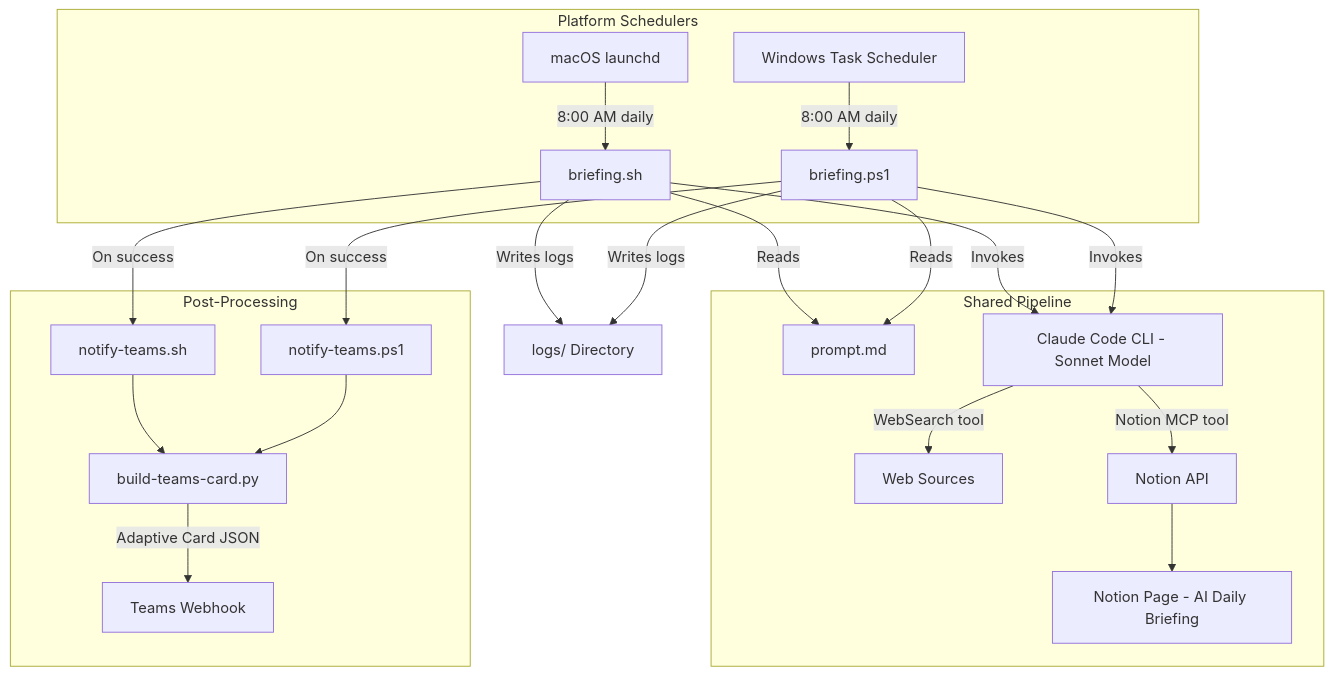
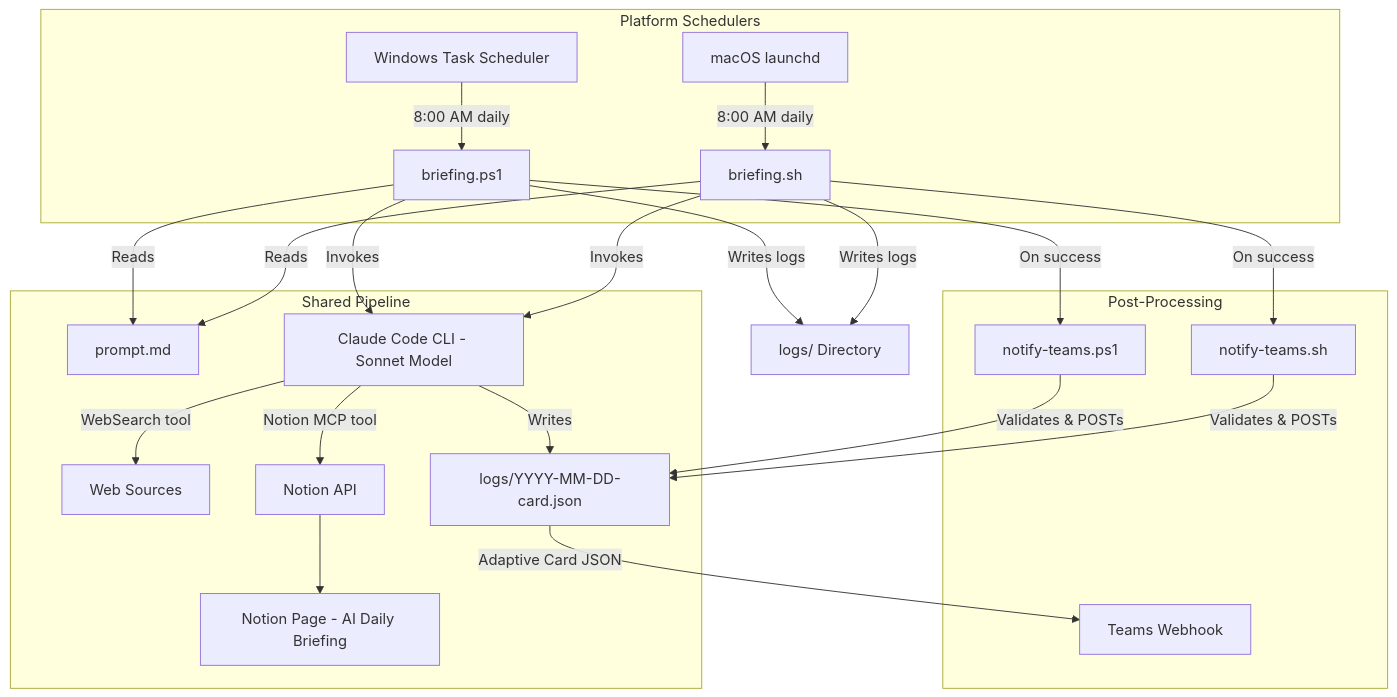
One commit to hoangsonww/ai-news-briefing changed the first of 13 diagrams in ARCHITECTURE.md. Above: the diagram before and after it, drawn with Mermaid. The commit also changed other lines of this file and 8 other files, not shown here.

````diff
--- a/ARCHITECTURE.md
+++ b/ARCHITECTURE.md
@@ -46,28 +46,29 @@
 ```mermaid
 graph TD
     subgraph "Platform Schedulers"
         A1[macOS launchd] -->|8:00 AM daily| B1[briefing.sh]
         A2[Windows Task Scheduler] -->|8:00 AM daily| B2[briefing.ps1]
     end
 
     subgraph "Shared Pipeline"
         B1 -->|Reads| P[prompt.md]
         B2 -->|Reads| P
         B1 -->|Invokes| D[Claude Code CLI - Sonnet Model]
         B2 -->|Invokes| D
         D -->|WebSearch tool| E[Web Sources]
         D -->|Notion MCP tool| F[Notion API]
         F --> G[Notion Page - AI Daily Briefing]
+        D -->|Writes| CJ["logs/YYYY-MM-DD-card.json"]
     end
 
     subgraph "Post-Processing"
         B1 -->|On success| T1[notify-teams.sh]
         B2 -->|On success| T2[notify-teams.ps1]
-        T1 --> TC[build-teams-card.py]
-        T2 --> TC
-        TC -->|Adaptive Card JSON| TW[Teams Webhook]
+        T1 -->|Validates & POSTs| CJ
+        T2 -->|Validates & POSTs| CJ
+        CJ -->|Adaptive Card JSON| TW[Teams Webhook]
     end
 
     B1 -->|Writes logs| H[logs/ Directory]
     B2 -->|Writes logs| H
 ```
````
